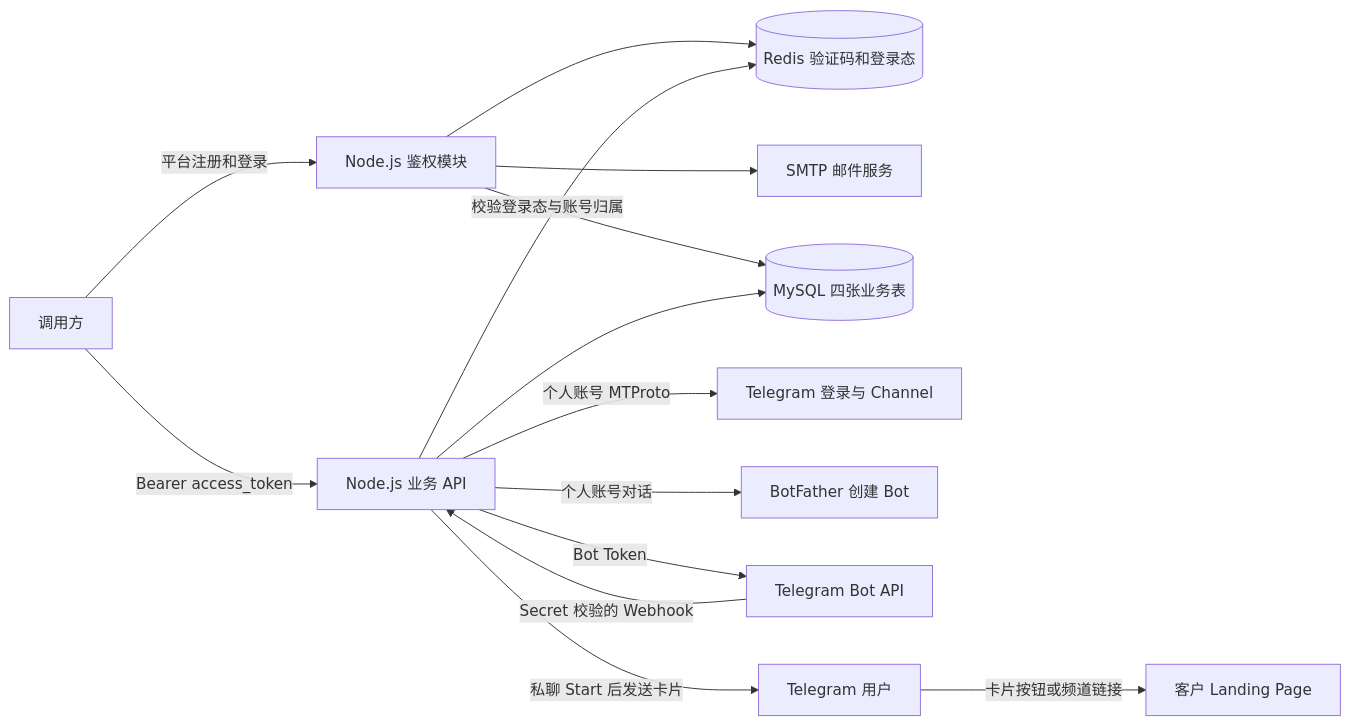
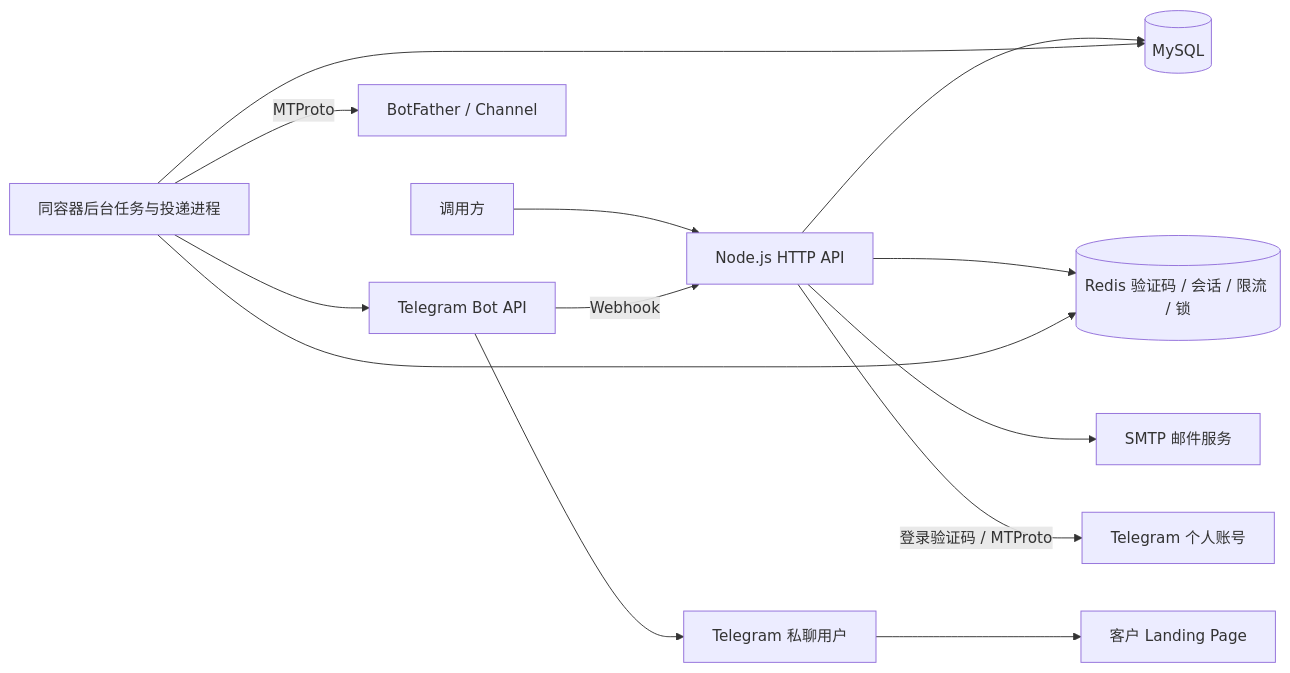
The diagram in README.md (gatherstar101/telegram-card-bot), drawn with Mermaid before and after one commit. The commit also changed other lines of this file and 29 other files, not shown here.

````diff
--- a/README.md
+++ b/README.md
@@ -48,16 +27,15 @@
 ```mermaid
 flowchart LR
-    Client[调用方] -->|平台注册和登录| Auth[Node.js 鉴权模块]
-    Client -->|Bearer access_token| API[Node.js 业务 API]
-    Auth --> Redis[(Redis 验证码和登录态)]
-    Auth --> SMTP[SMTP 邮件服务]
-    Auth --> MySQL[(MySQL 四张业务表)]
-    API -->|校验登录态与账号归属| Redis
-    API --> MySQL
-    API -->|个人账号 MTProto| Telegram[Telegram 登录与 Channel]
-    API -->|个人账号对话| Father[BotFather 创建 Bot]
-    API -->|Bot Token| BotAPI[Telegram Bot API]
-    BotAPI -->|Secret 校验的 Webhook| API
-    API -->|私聊 Start 后发送卡片| EndUser[Telegram 用户]
-    EndUser -->|卡片按钮或频道链接| Landing[客户 Landing Page]
+    Caller[调用方] --> API[Node.js HTTP API]
+    API --> SMTP[SMTP 邮件服务]
+    API --> Redis[(Redis 验证码 / 会话 / 限流 / 锁)]
+    API --> DB[(MySQL)]
+    Queue[同容器后台任务与投递进程] --> DB
+    Queue --> Redis
+    API -->|登录验证码 / MTProto| TG[Telegram 个人账号]
+    Queue -->|MTProto| Father[BotFather / Channel]
+    Queue --> BotAPI[Telegram Bot API]
+    BotAPI -->|Webhook| API
+    BotAPI --> User[Telegram 私聊用户]
+    User --> Landing[客户 Landing Page]
 ```
````
